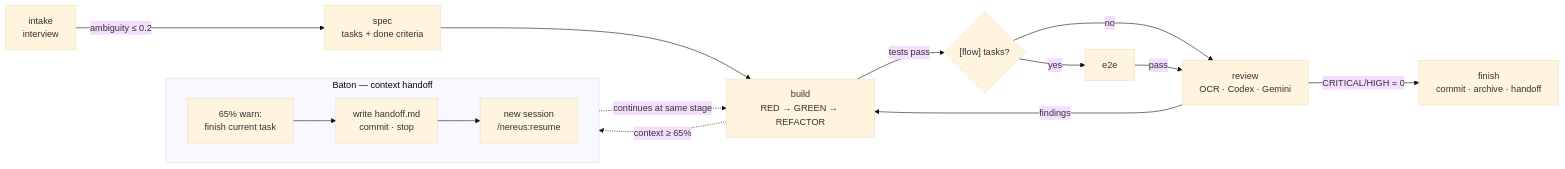
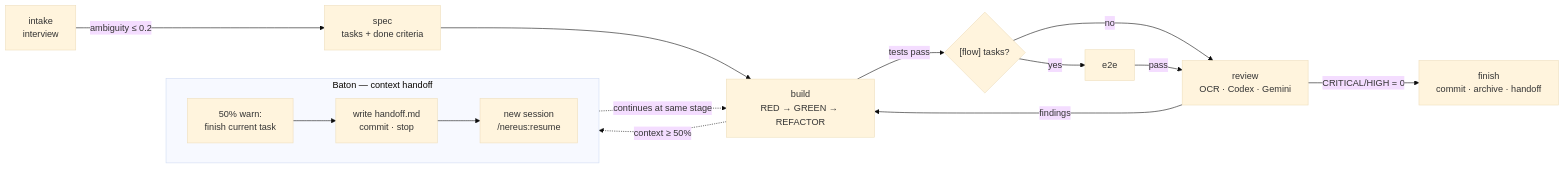
One commit to snwlee/Nereus changed the diagram in README.md. Above: the diagram before and after it, drawn with Mermaid (base theme). The commit also changed other lines of this file and 12 other files, not shown here.

````diff
--- a/README.md
+++ b/README.md
@@ -34,20 +34,20 @@
 ```mermaid
 flowchart LR
     I[intake<br/>interview] -->|ambiguity ≤ 0.2| S[spec<br/>tasks + done criteria]
     S --> B[build<br/>RED → GREEN → REFACTOR]
     B -->|tests pass| E{"[flow] tasks?"}
     E -->|yes| Q[e2e]
     E -->|no| R
     Q -->|pass| R[review<br/>OCR · Codex · Gemini]
     R -->|CRITICAL/HIGH = 0| F[finish<br/>commit · archive · handoff]
     R -->|findings| B
 
     subgraph Baton [Baton — context handoff]
         direction LR
-        W[65% warn:<br/>finish current task] --> H[write handoff.md<br/>commit · stop]
+        W[50% warn:<br/>finish current task] --> H[write handoff.md<br/>commit · stop]
         H --> N[new session<br/>/nereus:resume]
     end
 
-    B -. context ≥ 65% .-> W
+    B -. context ≥ 50% .-> W
     N -. continues at same stage .-> B
 ```
````
